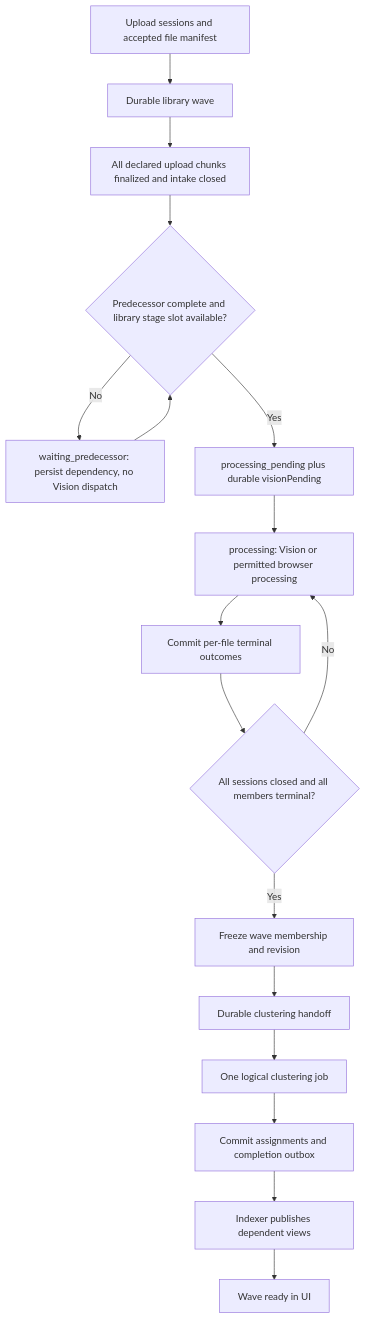
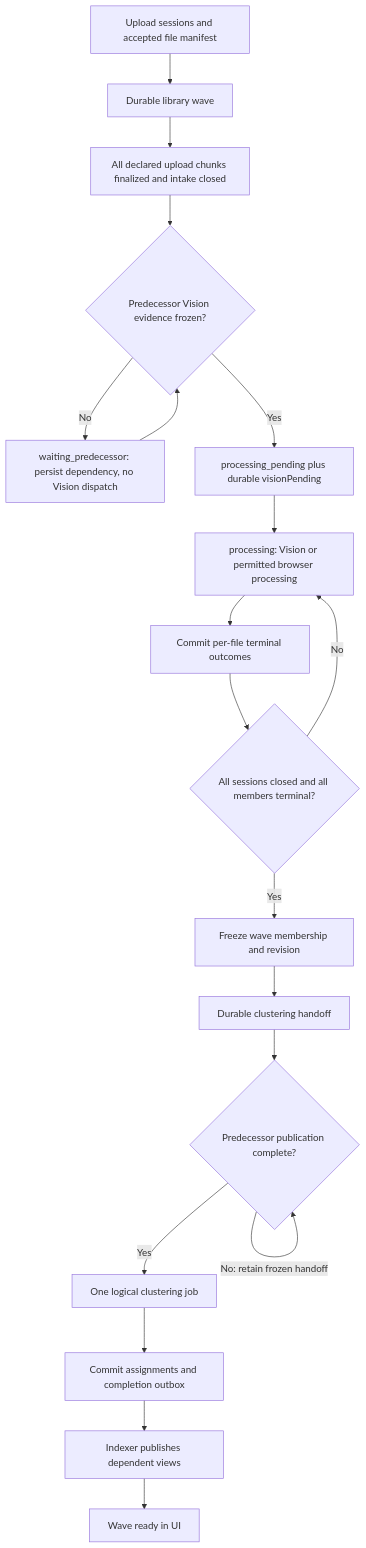
Before and after one commit to Git4Rajat/photostore: the diagram in docs/indexing-clustering-target-state.md, drawn with Mermaid. The commit also changed other lines of this file and 11 other files, not shown here.

Commit message:
Decouple Vision release from publication and fix indexing failures

````diff
--- a/docs/indexing-clustering-target-state.md
+++ b/docs/indexing-clustering-target-state.md
@@ -141,19 +141,21 @@
 ```mermaid
 flowchart TD
     U[Upload sessions and accepted file manifest] --> W[Durable library wave]
     W --> T[All declared upload chunks finalized and intake closed]
-    T --> H{Predecessor complete and library stage slot available?}
+    T --> H{Predecessor Vision evidence frozen?}
     H -->|No| Q[waiting_predecessor: persist dependency, no Vision dispatch]
     Q --> H
     H -->|Yes| VP[processing_pending plus durable visionPending]
     VP --> V[processing: Vision or permitted browser processing]
     V --> R[Commit per-file terminal outcomes]
     R --> B{All sessions closed and all members terminal?}
     B -->|No| V
     B -->|Yes| F[Freeze wave membership and revision]
     F --> O[Durable clustering handoff]
-    O --> C[One logical clustering job]
+    O --> P{Predecessor publication complete?}
+    P -->|No: retain frozen handoff| P
+    P -->|Yes| C[One logical clustering job]
     C --> A[Commit assignments and completion outbox]
     A --> I[Indexer publishes dependent views]
     I --> D[Wave ready in UI]
 ```
````
